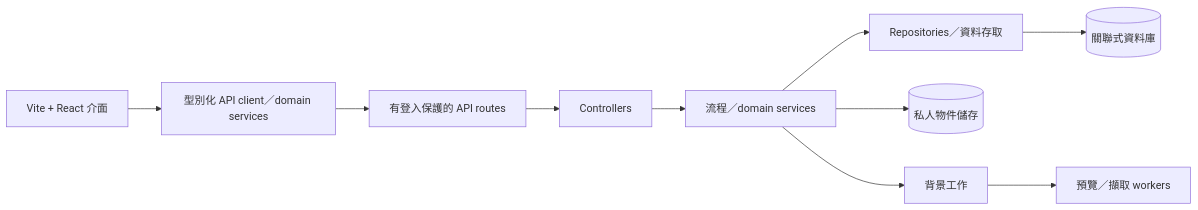
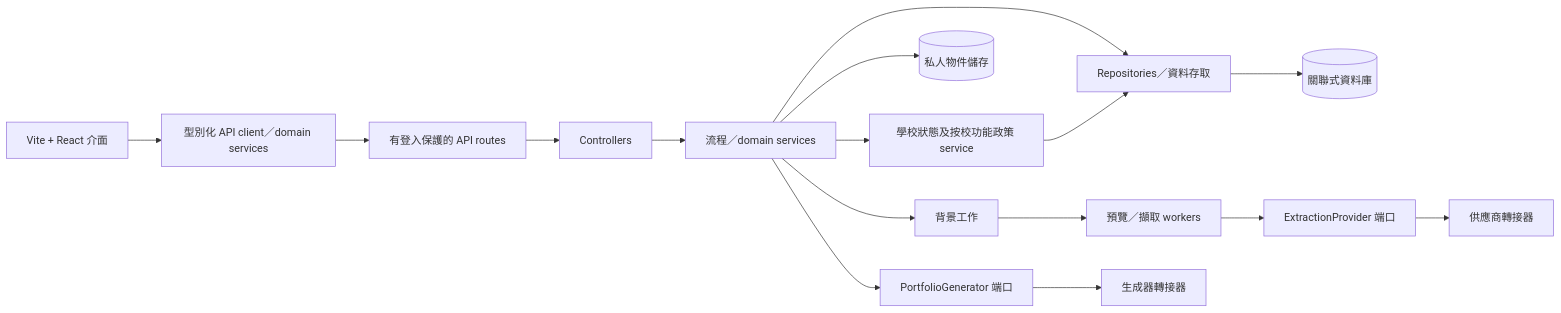
Before and after one commit to heison-octopus/testing-port: the diagram in output/Chinese/SRS/SRS-11 基礎設施保安及營運.md, drawn with Mermaid. The commit also changed other lines of this file and 79 other files, not shown here.

````diff
--- a/output/Chinese/SRS/SRS-11 基礎設施保安及營運.md
+++ b/output/Chinese/SRS/SRS-11 基礎設施保安及營運.md
@@ -5,12 +5,18 @@
 ```mermaid
 flowchart LR
     UI[Vite + React 介面] --> Client[型別化 API client／domain services]
     Client --> Route[有登入保護的 API routes]
     Route --> Controller[Controllers]
     Controller --> Service[流程／domain services]
+    Service --> Policy[學校狀態及按校功能政策 service]
     Service --> Repo[Repositories／資料存取]
+    Policy --> Repo
     Repo --> DB[(關聯式資料庫)]
     Service --> Objects[(私人物件儲存)]
     Service --> Queue[背景工作]
     Queue --> Preview[預覽／擷取 workers]
+    Preview --> ExtractPort[ExtractionProvider 端口]
+    Service --> PortfolioPort[PortfolioGenerator 端口]
+    ExtractPort --> Provider[供應商轉接器]
+    PortfolioPort --> Generator[生成器轉接器]
 ```
````
